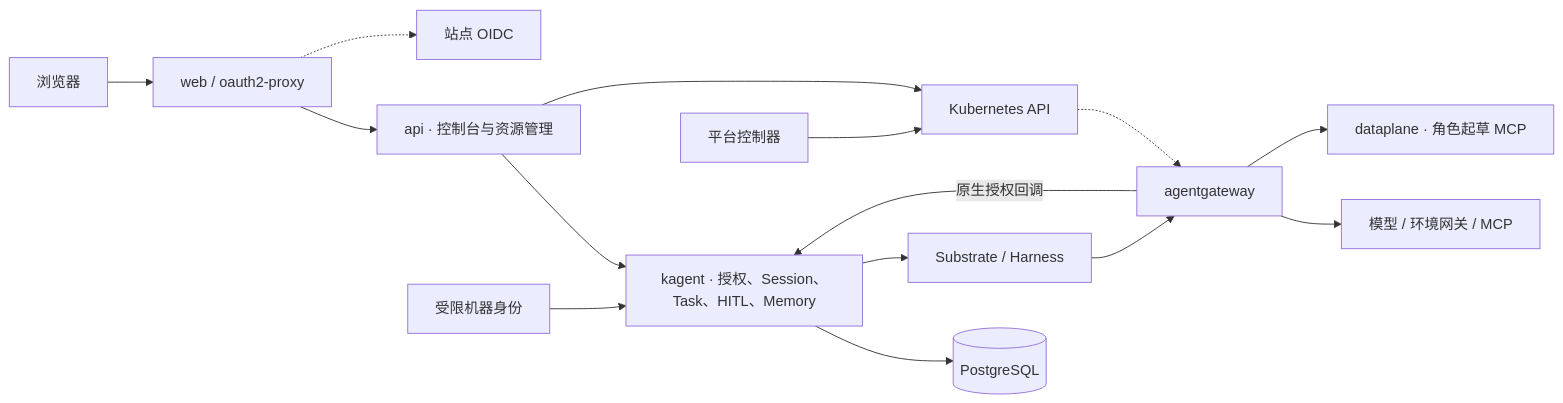
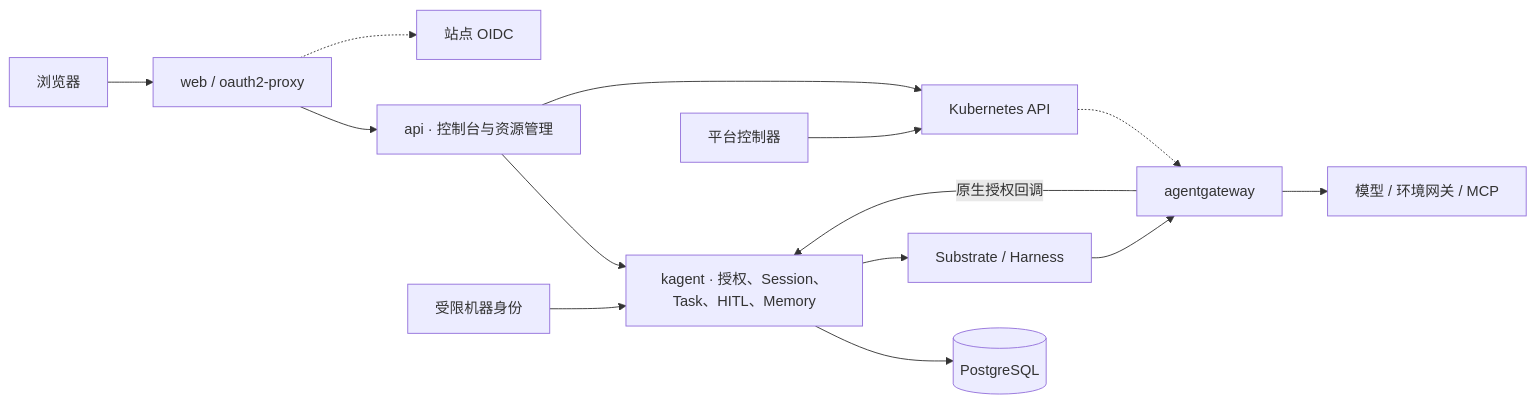
The diagram in docs/architecture.md (pood1e/agentos-platform), drawn with Mermaid before and after one commit. The commit also changed other lines of this file and 89 other files, not shown here.

````diff
--- a/docs/architecture.md
+++ b/docs/architecture.md
@@ -5,17 +5,16 @@
 ```mermaid
 flowchart LR
     Browser[浏览器] --> Web[web / oauth2-proxy]
     Web --> API[api · 控制台与资源管理]
     Web -.-> IdP[站点 OIDC]
     API --> Native[kagent · 授权、Session、Task、HITL、Memory]
     Native --> PG[(PostgreSQL)]
     Native --> Runtime[Substrate / Harness]
     Runtime --> Gateway[agentgateway]
     Gateway -->|原生授权回调| Native
     Gateway --> Tools[模型 / 环境网关 / MCP]
-    Gateway --> Dataplane[dataplane · 角色起草 MCP]
     Controller[平台控制器] --> K8s[Kubernetes API]
     API --> K8s
     K8s -.-> Gateway
     External[受限机器身份] --> Native
 ```
````
